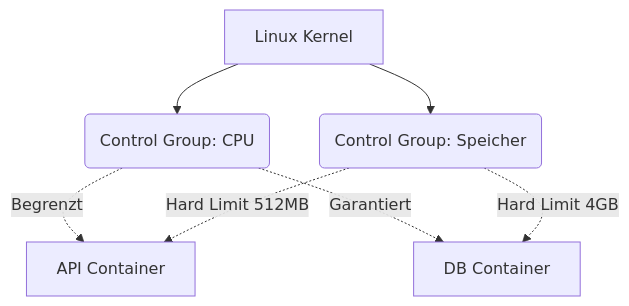
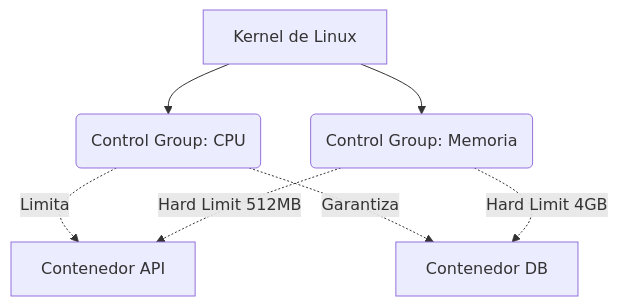
One commit to gjpierp/nmergeia changed the first of 2 diagrams in public/docs/de/docker_experto.md. Above: the diagram before and after it, drawn with Mermaid. The commit also changed other lines of this file and 518 other files, not shown here.

````diff
--- a/public/docs/de/docker_experto.md
+++ b/public/docs/de/docker_experto.md
@@ -14,11 +14,11 @@
 ```mermaid
 graph TD
-    Kernel[Linux Kernel] --> CgroupCPU(Control Group: CPU)
-    Kernel --> CgroupRAM(Control Group: Speicher)
+    Kernel[Kernel de Linux] --> CgroupCPU(Control Group: CPU)
+    Kernel --> CgroupRAM(Control Group: Memoria)
     
-    CgroupCPU -.->|Begrenzt| C1[API Container]
-    CgroupCPU -.->|Garantiert| C2[DB Container]
+    CgroupCPU -.->|Limita| C1[Contenedor API]
+    CgroupCPU -.->|Garantiza| C2[Contenedor DB]
     
     CgroupRAM -.->|Hard Limit 512MB| C1
     CgroupRAM -.->|Hard Limit 4GB| C2
 ```
````
